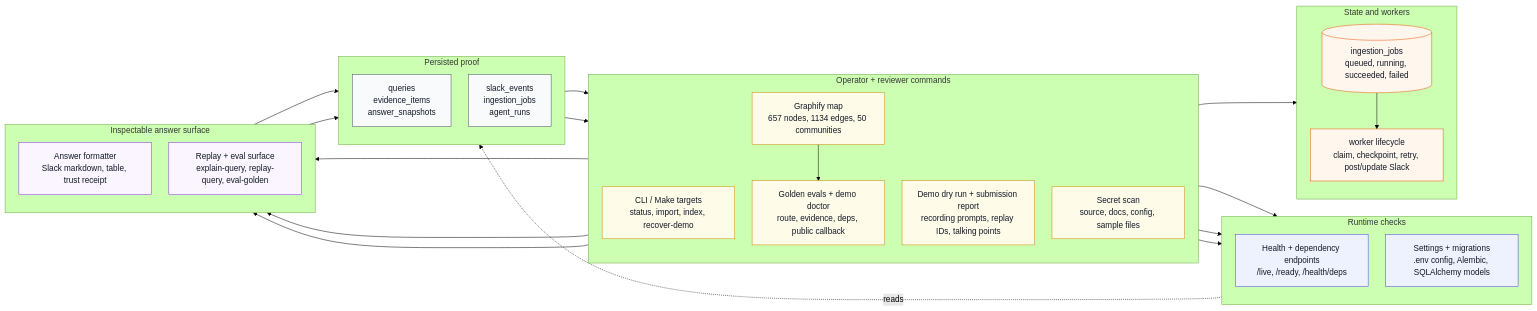
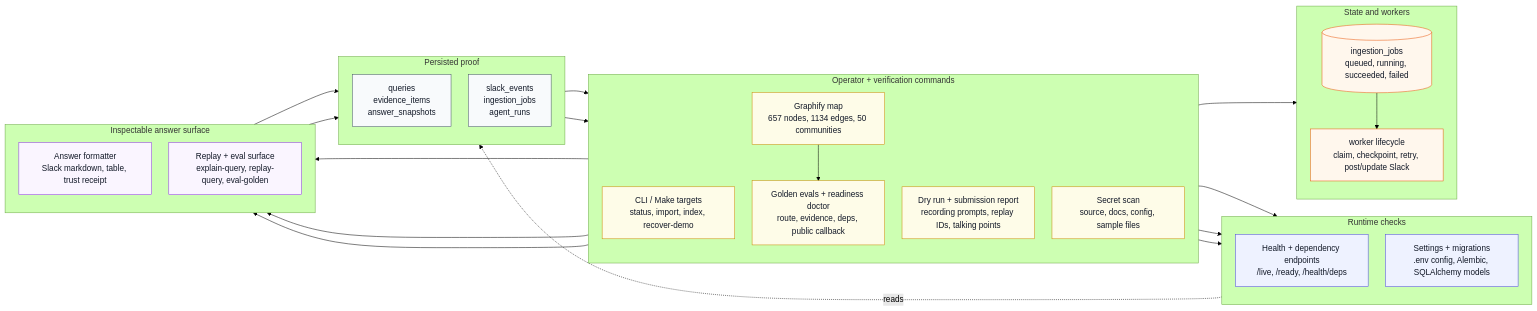
Before and after one commit to Aqwerty321/CRE-Knowledge-Engine: the fifth of 8 diagrams in README.md, drawn with Mermaid (forest theme). The commit also changed other lines of this file and 21 other files, not shown here.

````diff
--- a/README.md
+++ b/README.md
@@ -295,62 +300,62 @@
 ```mermaid
 %%{init: {"flowchart": {"curve": "basis", "nodeSpacing": 34, "rankSpacing": 46}} }%%
 flowchart LR
     classDef ops fill:#fefce8,stroke:#ca8a04,color:#111827
     classDef app fill:#eef2ff,stroke:#4f46e5,color:#111827
     classDef store fill:#f8fafc,stroke:#475569,color:#111827
     classDef answer fill:#faf5ff,stroke:#9333ea,color:#111827
     classDef jobs fill:#fff7ed,stroke:#ea580c,color:#111827
 
-    subgraph O[Operator + reviewer commands]
+    subgraph O[Operator + verification commands]
         direction TB
         O1[CLI / Make targets\nstatus, import, index, recover-demo]
-        O2[Golden evals + demo doctor\nroute, evidence, deps, public callback]
-        O3[Demo dry run + submission report\nrecording prompts, replay IDs, talking points]
+        O2[Golden evals + readiness doctor\nroute, evidence, deps, public callback]
+        O3[Dry run + submission report\nrecording prompts, replay IDs, talking points]
         O4[Secret scan\nsource, docs, config, sample files]
         O5[Graphify map\n657 nodes, 1134 edges, 50 communities]
     end
 
     subgraph A[Runtime checks]
         direction TB
         A3[Health + dependency endpoints\n/live, /ready, /health/deps]
         A5[Settings + migrations\n.env config, Alembic, SQLAlchemy models]
     end
 
     subgraph J[State and workers]
         direction TB
         J0[(ingestion_jobs\nqueued, running, succeeded, failed)]
         J4[worker lifecycle\nclaim, checkpoint, retry, post/update Slack]
     end
 
     subgraph E[Persisted proof]
         direction TB
         E4[queries\nevidence_items\nanswer_snapshots]
         E5[slack_events\ningestion_jobs\nagent_runs]
     end
 
     subgraph R[Inspectable answer surface]
         direction TB
         R4[Answer formatter\nSlack markdown, table, trust receipt]
         R5[Replay + eval surface\nexplain-query, replay-query, eval-golden]
     end
 
     O1 --> J0 --> J4
     O1 --> A3
     O2 --> A3
     O2 --> R5
     O3 --> R4
     O3 --> R5
     O4 --> A5
     O5 --> O2
     A3 -.reads.-> E5
     R4 --> E4
     R5 --> E4
     E4 --> O3
     E5 --> O2
 
     class O1,O2,O3,O4,O5 ops
     class A3,A5 app
     class J0,J4 jobs
     class E4,E5 store
     class R4,R5 answer
 ```
````
